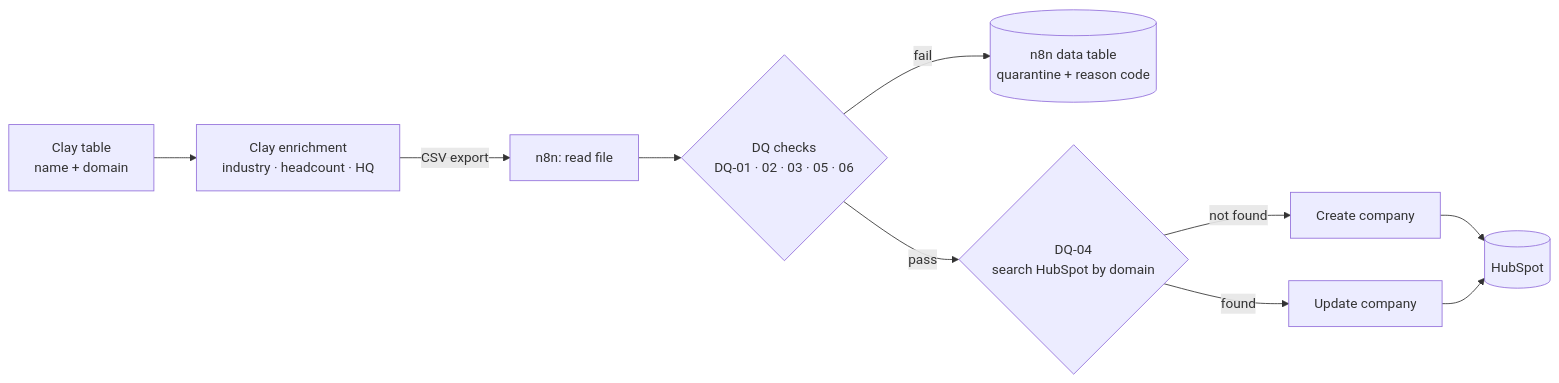
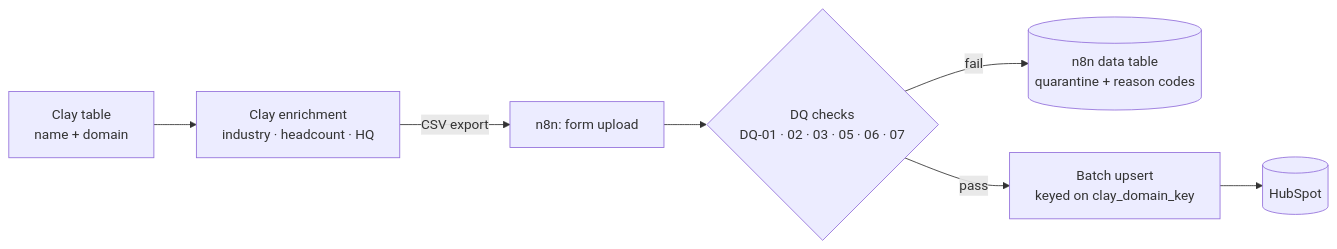
Before and after one commit to IsraelStratton/gtm-enrichment-quality-pipeline: the diagram in README.md, drawn with Mermaid. The commit also changed other lines of this file and 7 other files, not shown here.

First line of the commit message:
Week 2: n8n workflow, DQ-07, industry mapping, clay_domain_key batch upsert

````diff
--- a/README.md
+++ b/README.md
@@ -9,12 +9,9 @@
 ```mermaid
 flowchart LR
     A[Clay table<br/>name + domain] --> B[Clay enrichment<br/>industry · headcount · HQ]
-    B -->|CSV export| C[n8n: read file]
-    C --> D{DQ checks<br/>DQ-01 · 02 · 03 · 05 · 06}
-    D -->|fail| Q[(n8n data table<br/>quarantine + reason code)]
-    D -->|pass| E{DQ-04<br/>search HubSpot by domain}
-    E -->|not found| F[Create company]
-    E -->|found| G[Update company]
-    F --> H[(HubSpot)]
-    G --> H
+    B -->|CSV export| C[n8n: form upload]
+    C --> D{DQ checks<br/>DQ-01 · 02 · 03 · 05 · 06 · 07}
+    D -->|fail| Q[(n8n data table<br/>quarantine + reason codes)]
+    D -->|pass| U[Batch upsert<br/>keyed on clay_domain_key]
+    U --> H[(HubSpot)]
 ```
````
